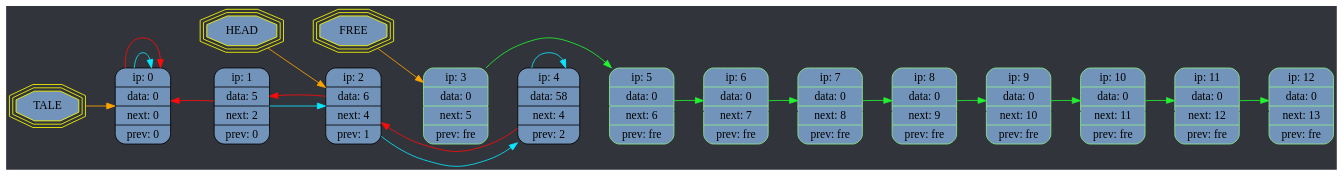
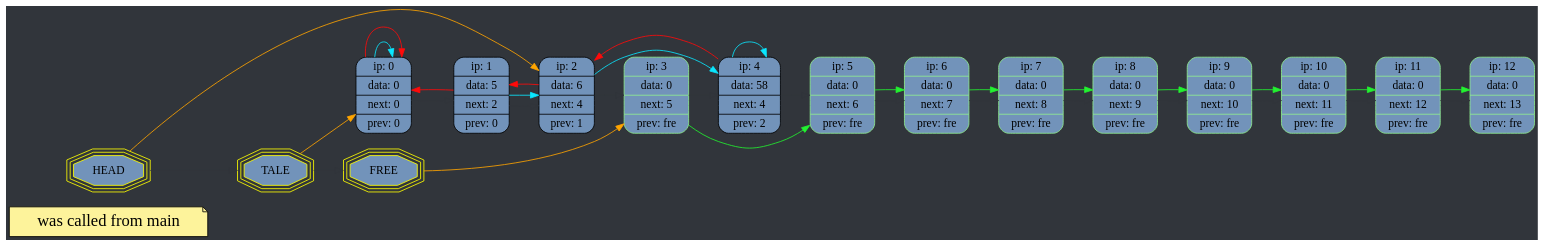
Before and after one commit to andrushechka37/List: the diagram in grath.dot, drawn with Graphviz. The commit also changed 4 other files, not shown here.

```diff
--- a/grath.dot
+++ b/grath.dot
@@ -1,46 +1,48 @@
 digraph structs {
 	rankdir=LR;
 	graph [bgcolor="#31353b"]
 	node[color="black",fontsize=14];
 	edge[color="darkgreen",fontcolor="blue",fontsize=12];
 
 
+	50 [shape=note,style=filled, fillcolor="#fdf39b", label=" was called from main", fontcolor = "black", fontsize = 20];
 	0 [shape=Mrecord,style=filled, fillcolor="#7293ba", label=" ip: 0 | data: 0| next: 0| prev: 0" ];
 	1 [shape=Mrecord,style=filled, fillcolor="#7293ba", label=" ip: 1 | data: 5| next: 2| prev: 0" ];
 	2 [shape=Mrecord,style=filled, fillcolor="#7293ba", label=" ip: 2 | data: 6| next: 4| prev: 1" ];
 	3 [shape=Mrecord,style=filled, fillcolor="#7293ba", label=" ip: 3 | data: 0| next: 5| prev: fre" , color = lightgreen];
 	4 [shape=Mrecord,style=filled, fillcolor="#7293ba", label=" ip: 4 | data: 58| next: 4| prev: 2" ];
 	5 [shape=Mrecord,style=filled, fillcolor="#7293ba", label=" ip: 5 | data: 0| next: 6| prev: fre" , color = lightgreen];
 	6 [shape=Mrecord,style=filled, fillcolor="#7293ba", label=" ip: 6 | data: 0| next: 7| prev: fre" , color = lightgreen];
 	7 [shape=Mrecord,style=filled, fillcolor="#7293ba", label=" ip: 7 | data: 0| next: 8| prev: fre" , color = lightgreen];
 	8 [shape=Mrecord,style=filled, fillcolor="#7293ba", label=" ip: 8 | data: 0| next: 9| prev: fre" , color = lightgreen];
 	9 [shape=Mrecord,style=filled, fillcolor="#7293ba", label=" ip: 9 | data: 0| next: 10| prev: fre" , color = lightgreen];
 	10 [shape=Mrecord,style=filled, fillcolor="#7293ba", label=" ip: 10 | data: 0| next: 11| prev: fre" , color = lightgreen];
 	11 [shape=Mrecord,style=filled, fillcolor="#7293ba", label=" ip: 11 | data: 0| next: 12| prev: fre" , color = lightgreen];
 	12 [shape=Mrecord,style=filled, fillcolor="#7293ba", label=" ip: 12 | data: 0| next: 13| prev: fre" , color = lightgreen];
 
 	0->1->2->3->4->5->6->7->8->9->10->11->12[weight = 10000, color = "#31353b"];
 	0->0[color = "#0ae7ff"];
 	1->2[color = "#0ae7ff"];
 	2->4[color = "#0ae7ff"];
 	3->5[color = "#22f230"];
 	4->4[color = "#0ae7ff"];
 	5->6[color = "#22f230"];
 	6->7[color = "#22f230"];
 	7->8[color = "#22f230"];
 	8->9[color = "#22f230"];
 	9->10[color = "#22f230"];
 	10->11[color = "#22f230"];
 	11->12[color = "#22f230"];
 	 0 -> 0[color = "#ff0a0a"];
 	 1 -> 0[color = "#ff0a0a"];
 	 2 -> 1[color = "#ff0a0a"];
 	 4 -> 2[color = "#ff0a0a"];
 	h [shape=tripleoctagon,label="HEAD", color = "yellow", fillcolor="#7293ba",style=filled  ];
 	t [shape=tripleoctagon,label="TALE", color = "yellow", fillcolor="#7293ba",style=filled ];
 	f [shape=tripleoctagon,label="FREE", color = "yellow", fillcolor="#7293ba",style=filled ];
+h->t->f[weight = 10000, color = "#31353b"];
 	h->2[color = "orange"];
 	t->0[color = "orange"];
 	f->3[color = "orange"];
 
 }
```
